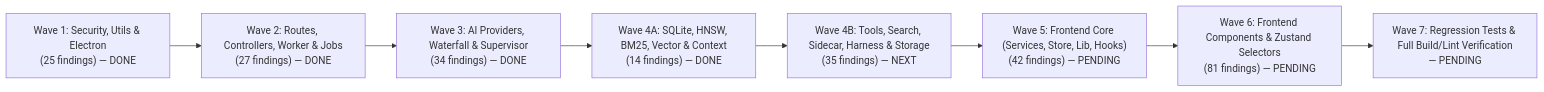
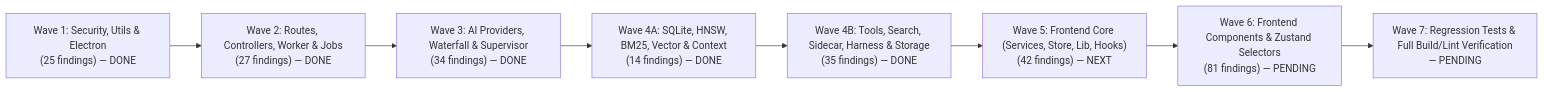
Before and after one commit to Kaust-a-laut/solvent-ai-windows: the diagram in CODE_REVIEW_PLAN_AND_SPEC.md, drawn with Mermaid. The commit also changed other lines of this file and 57 other files, not shown here.

````diff
--- a/CODE_REVIEW_PLAN_AND_SPEC.md
+++ b/CODE_REVIEW_PLAN_AND_SPEC.md
@@ -13,10 +13,10 @@
 ```mermaid
 flowchart LR
   W1["Wave 1: Security, Utils & Electron\n(25 findings) — DONE"] --> W2["Wave 2: Routes, Controllers, Worker & Jobs\n(27 findings) — DONE"]
   W2 --> W3["Wave 3: AI Providers, Waterfall & Supervisor\n(34 findings) — DONE"]
   W3 --> W4A["Wave 4A: SQLite, HNSW, BM25, Vector & Context\n(14 findings) — DONE"]
-  W4A --> W4B["Wave 4B: Tools, Search, Sidecar, Harness & Storage\n(35 findings) — NEXT"]
-  W4B --> W5["Wave 5: Frontend Core (Services, Store, Lib, Hooks)\n(42 findings) — PENDING"]
+  W4A --> W4B["Wave 4B: Tools, Search, Sidecar, Harness & Storage\n(35 findings) — DONE"]
+  W4B --> W5["Wave 5: Frontend Core (Services, Store, Lib, Hooks)\n(42 findings) — NEXT"]
   W5 --> W6["Wave 6: Frontend Components & Zustand Selectors\n(81 findings) — PENDING"]
   W6 --> V["Wave 7: Regression Tests & Full Build/Lint Verification\n— PENDING"]
 ```
````
